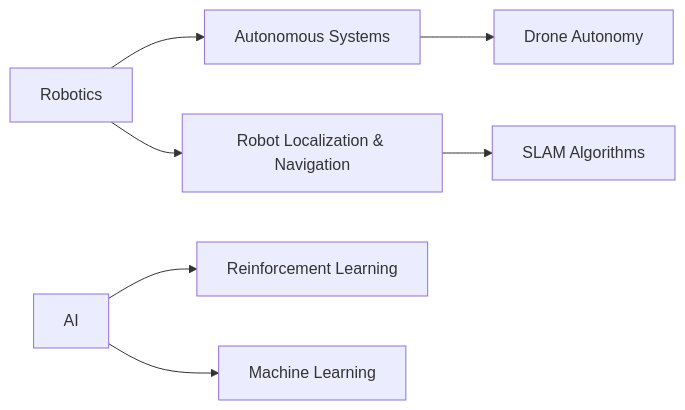
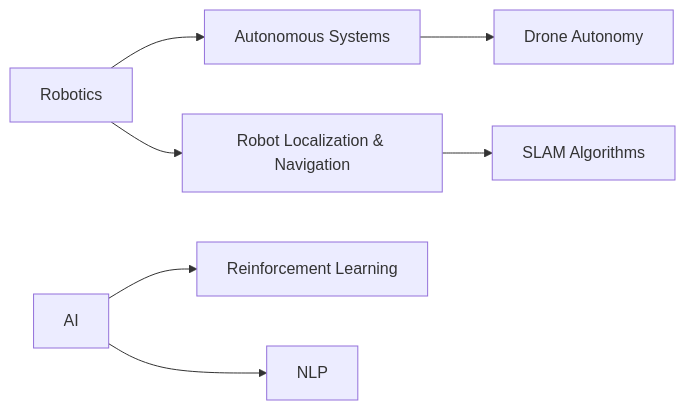
The diagram in README.md (jhr419/jhr419), drawn with Mermaid before and after one commit. The commit also changed other lines of this file, not shown here.

````diff
--- a/README.md
+++ b/README.md
@@ -27,9 +27,9 @@
 ```mermaid
 graph LR
     A[Robotics] --> B[Autonomous Systems]
     A --> C[Robot Localization & Navigation]
     D[AI] --> E[Reinforcement Learning]
-    D --> F[Machine Learning]
+    D --> F[NLP]
     B --> G[Drone Autonomy]
     C --> H[SLAM Algorithms]
 ```
````
